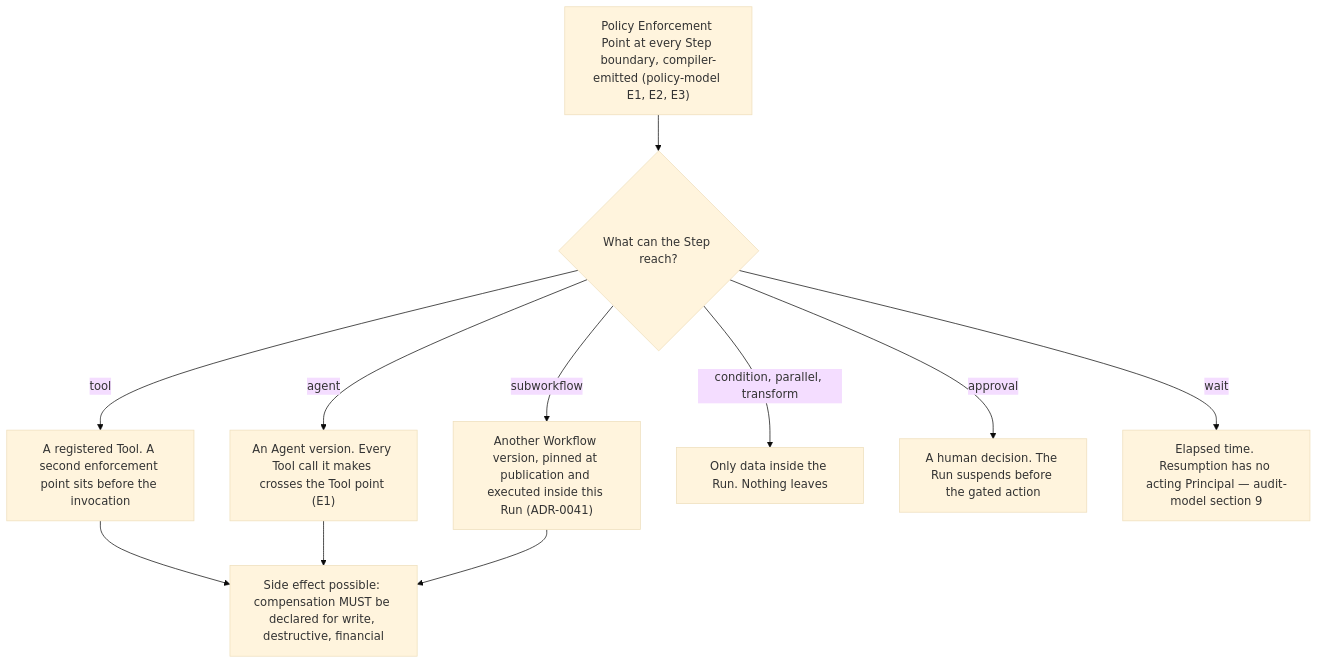
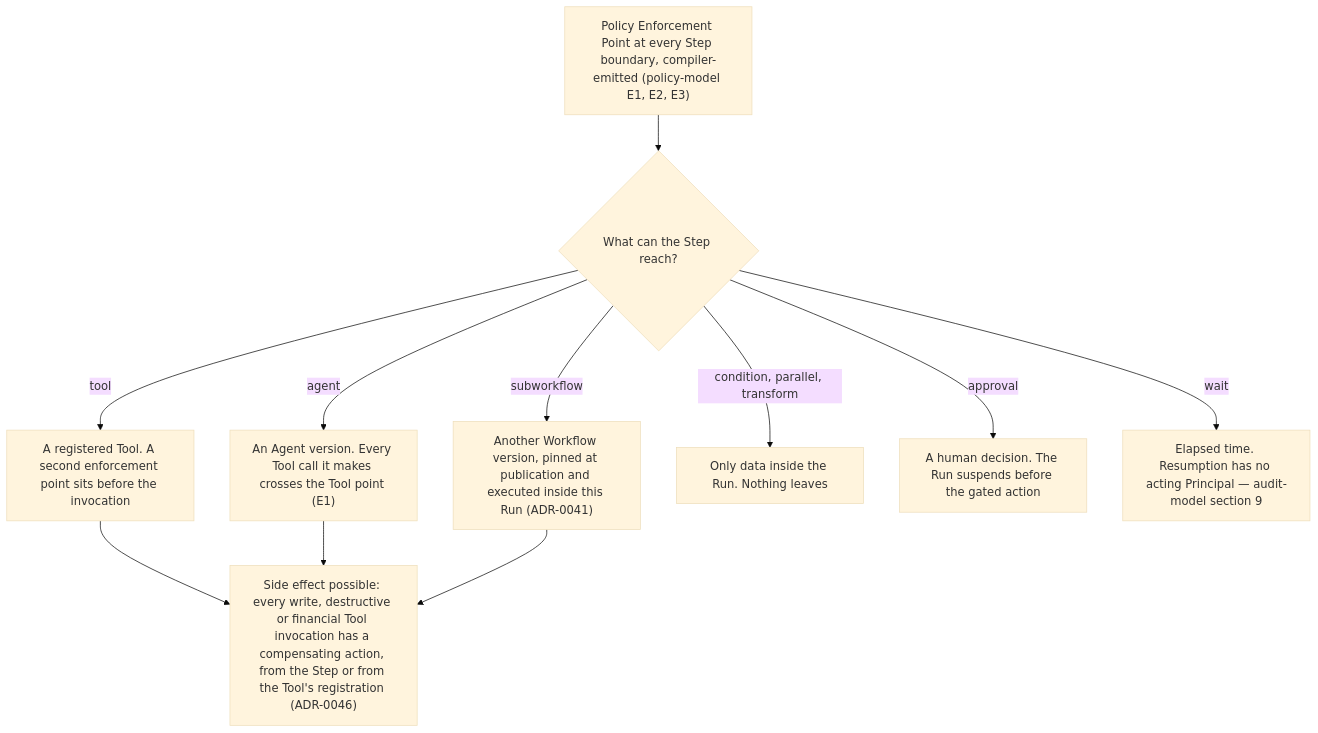
Before and after one commit to ayesigapaul/orchestra: the diagram in docs/50-workflows/step-types.md, drawn with Mermaid (base theme). The commit also changed other lines of this file and 31 other files, not shown here.

````diff
--- a/docs/50-workflows/step-types.md
+++ b/docs/50-workflows/step-types.md
@@ -64,12 +66,12 @@
 ```mermaid
 flowchart TD
   PEP["Policy Enforcement Point at every Step boundary, compiler-emitted (policy-model E1, E2, E3)"]
   PEP --> K{"What can the Step reach?"}
   K -->|"tool"| EFFECT["A registered Tool. A second enforcement point sits before the invocation"]
   K -->|"agent"| DELEG["An Agent version. Every Tool call it makes crosses the Tool point (E1)"]
   K -->|"subworkflow"| NEST["Another Workflow version, pinned at publication and executed inside this Run (ADR-0041)"]
   K -->|"condition, parallel, transform"| INTERNAL["Only data inside the Run. Nothing leaves"]
   K -->|"approval"| GATE["A human decision. The Run suspends before the gated action"]
   K -->|"wait"| TIME["Elapsed time. Resumption has no acting Principal — audit-model section 9"]
-  EFFECT & DELEG & NEST --> COMP["Side effect possible: compensation MUST be declared for write, destructive, financial"]
+  EFFECT & DELEG & NEST --> COMP["Side effect possible: every write, destructive or financial Tool invocation has a compensating action, from the Step or from the Tool's registration (ADR-0046)"]
 ```
````
